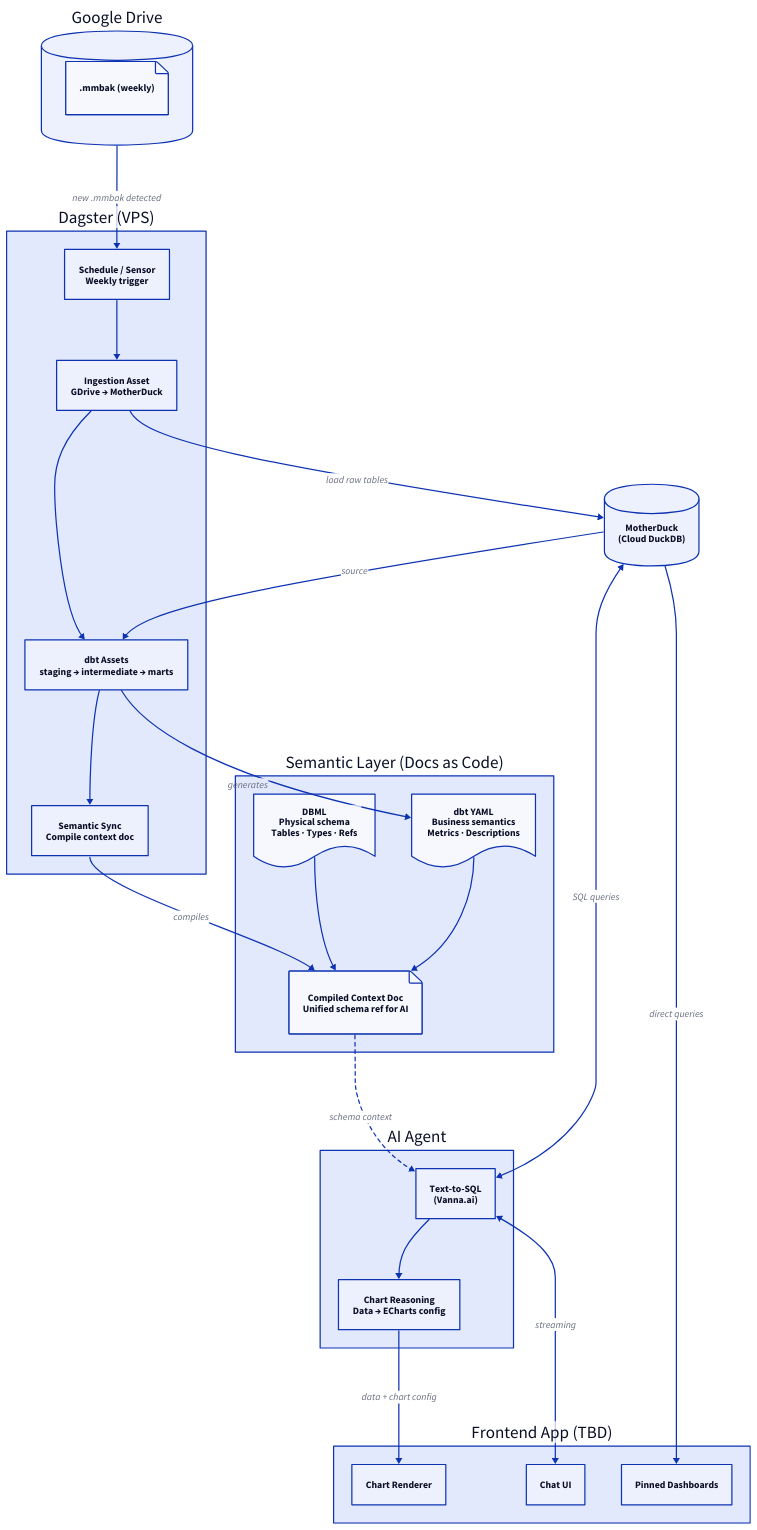
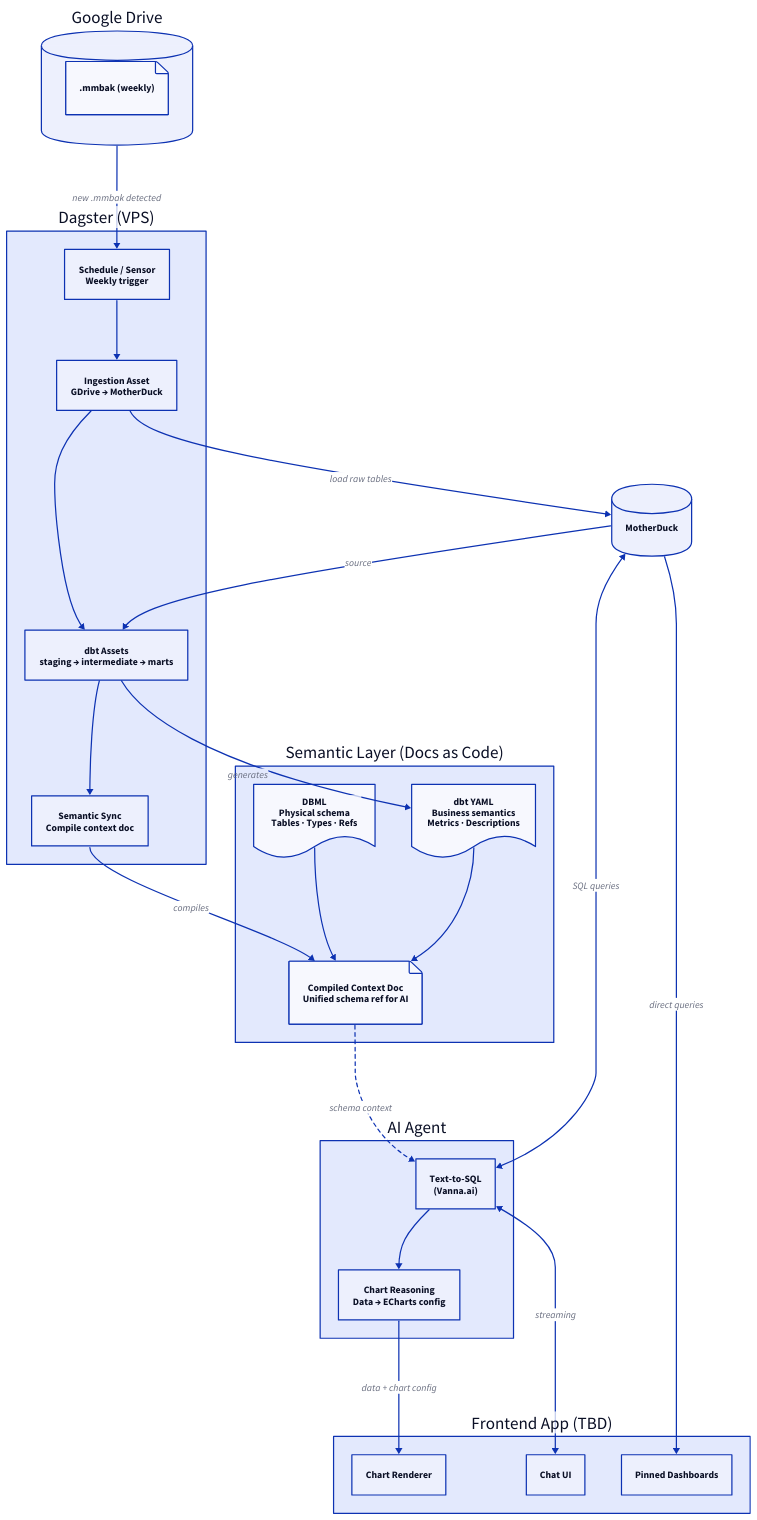
The diagram in architecture.d2 (lelouvincx/personal-finance), drawn with D2 before and after one commit. The commit also changed 2 other files, not shown here.

```diff
--- a/architecture.d2
+++ b/architecture.d2
@@ -1,109 +1,109 @@
 direction: down
 
 # --- Source ---
 source: {
   label: "Google Drive"
   shape: cylinder
 
   mmbak: {
     label: ".mmbak (weekly)"
     shape: page
   }
 }
 
 # --- Orchestration ---
 dagster: {
   label: "Dagster (VPS)"
 
   sensor: {
     label: "Schedule / Sensor\nWeekly trigger"
   }
 
   ingestion: {
     label: "Ingestion Asset\nGDrive → MotherDuck"
   }
 
   dbt_assets: {
     label: "dbt Assets\nstaging → intermediate → marts"
   }
 
   semantic_sync: {
     label: "Semantic Sync\nCompile context doc"
   }
 
   sensor -> ingestion -> dbt_assets -> semantic_sync
 }
 
 # --- Warehouse ---
 motherduck: {
-  label: "MotherDuck\n(Cloud DuckDB)"
+  label: "MotherDuck"
   shape: cylinder
 }
 
 # --- Semantic Layer ---
 semantic: {
   label: "Semantic Layer (Docs as Code)"
 
   dbml: {
     label: "DBML\nPhysical schema\nTables · Types · Refs"
     shape: document
   }
 
   dbt_yaml: {
     label: "dbt YAML\nBusiness semantics\nMetrics · Descriptions"
     shape: document
   }
 
   context_doc: {
     label: "Compiled Context Doc\nUnified schema ref for AI"
     shape: page
   }
 
   dbml -> context_doc
   dbt_yaml -> context_doc
 }
 
 # --- AI Layer ---
 ai: {
   label: "AI Agent"
 
   text_to_sql: {
     label: "Text-to-SQL\n(Vanna.ai)"
   }
 
   chart_reasoning: {
     label: "Chart Reasoning\nData → ECharts config"
   }
 
   text_to_sql -> chart_reasoning
 }
 
 # --- Frontend ---
 frontend: {
   label: "Frontend App (TBD)"
 
   chat: {
     label: "Chat UI"
   }
 
   dashboard: {
     label: "Pinned Dashboards"
   }
 
   charts: {
     label: "Chart Renderer"
   }
 }
 
 # --- Connections ---
 source -> dagster.sensor: "new .mmbak detected"
 dagster.ingestion -> motherduck: "load raw tables"
 motherduck -> dagster.dbt_assets: "source"
 dagster.dbt_assets -> semantic.dbt_yaml: "generates"
 dagster.semantic_sync -> semantic.context_doc: "compiles"
 
 semantic.context_doc -> ai.text_to_sql: "schema context" {style.stroke-dash: 3}
 motherduck <-> ai.text_to_sql: "SQL queries"
 ai.chart_reasoning -> frontend.charts: "data + chart config"
 ai.text_to_sql <-> frontend.chat: "streaming"
 motherduck -> frontend.dashboard: "direct queries"
```
